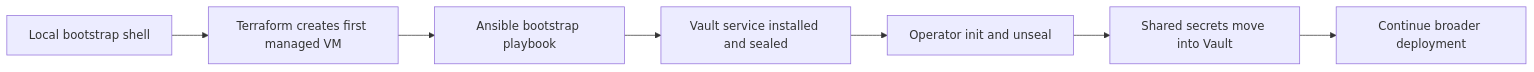
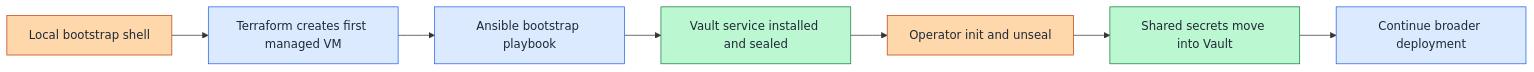
The diagram in docs/getting-started/vault-bootstrap.md (Rexus/homelab), drawn with Mermaid before and after one commit. The commit also changed 22 other files, not shown here.

````diff
--- a/docs/getting-started/vault-bootstrap.md
+++ b/docs/getting-started/vault-bootstrap.md
@@ -20,9 +20,17 @@
 ```mermaid
 flowchart LR
   A[Local bootstrap shell] --> B[Terraform creates first managed VM]
   B --> C[Ansible bootstrap playbook]
   C --> D[Vault service installed and sealed]
   D --> E[Operator init and unseal]
   E --> F[Shared secrets move into Vault]
   F --> G[Continue broader deployment]
+
+  classDef mgmtNode fill:#fed7aa,stroke:#c2410c,color:#1f2937
+  classDef buildNode fill:#dbeafe,stroke:#2563eb,color:#1f2937
+  classDef vaultNode fill:#bbf7d0,stroke:#15803d,color:#1f2937
+
+  class A,E mgmtNode
+  class B,C,G buildNode
+  class D,F vaultNode
 ```
````
